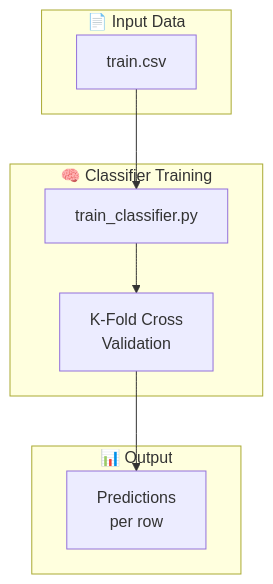
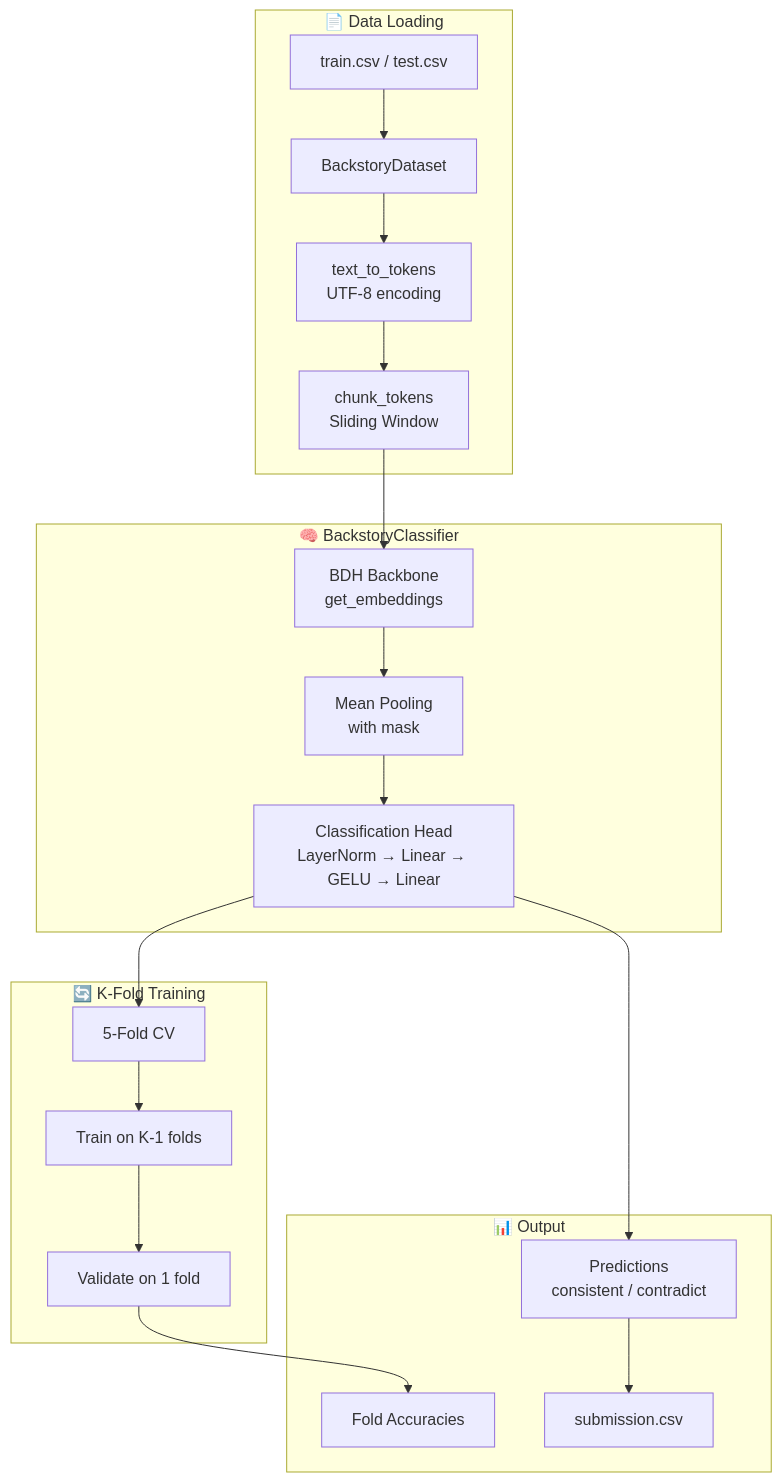
Before and after one commit to knalins/kgp_hackathon_dvnkr: the second of 4 diagrams in README.md, drawn with Mermaid.

````diff
--- a/README.md
+++ b/README.md
@@ -37,19 +37,40 @@
 ```mermaid
 flowchart TD
-    subgraph Input["📄 Input Data"]
-        CSV[train.csv]
+    subgraph Data["📄 Data Loading"]
+        CSV[train.csv / test.csv]
+        DS[BackstoryDataset]
+        TOK[text_to_tokens<br/>UTF-8 encoding]
+        CHUNK[chunk_tokens<br/>Sliding Window]
     end
 
-    subgraph Classifier["🧠 Classifier Training"]
-        TC[train_classifier.py]
-        KF[K-Fold Cross<br/>Validation]
+    subgraph Model["🧠 BackstoryClassifier"]
+        BDH[BDH Backbone<br/>get_embeddings]
+        POOL[Mean Pooling<br/>with mask]
+        HEAD[Classification Head<br/>LayerNorm → Linear → GELU → Linear]
     end
 
-    subgraph Prediction["📊 Output"]
-        PRED[Predictions<br/>per row]
+    subgraph Training["🔄 K-Fold Training"]
+        KF[5-Fold CV]
+        TRAIN[Train on K-1 folds]
+        VAL[Validate on 1 fold]
     end
 
-    CSV --> TC
-    TC --> KF
-    KF --> PRED
+    subgraph Output["📊 Output"]
+        ACC[Fold Accuracies]
+        PRED[Predictions<br/>consistent / contradict]
+        SUB[submission.csv]
+    end
+
+    CSV --> DS
+    DS --> TOK
+    TOK --> CHUNK
+    CHUNK --> BDH
+    BDH --> POOL
+    POOL --> HEAD
+    HEAD --> KF
+    KF --> TRAIN
+    TRAIN --> VAL
+    VAL --> ACC
+    HEAD --> PRED
+    PRED --> SUB
 ```
````
